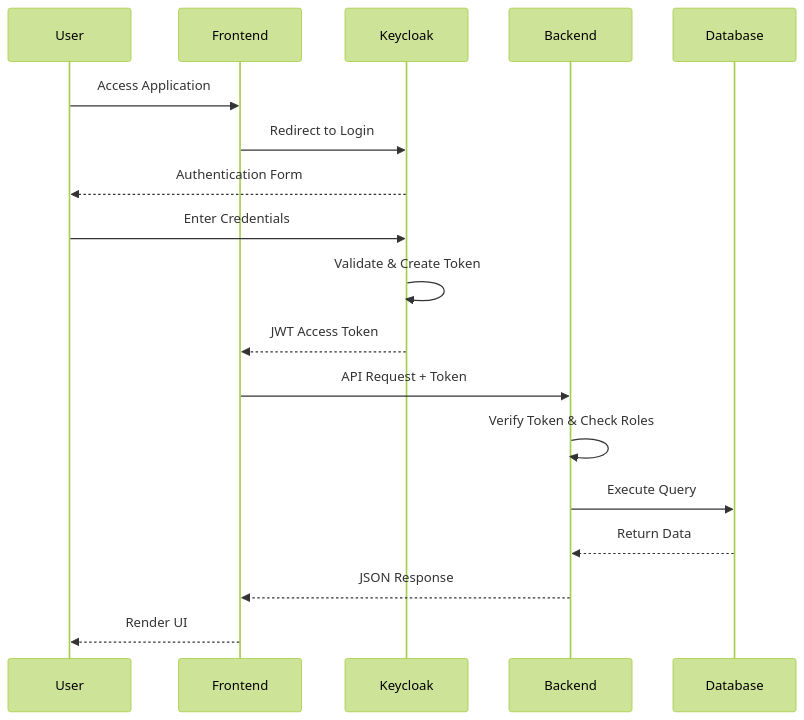
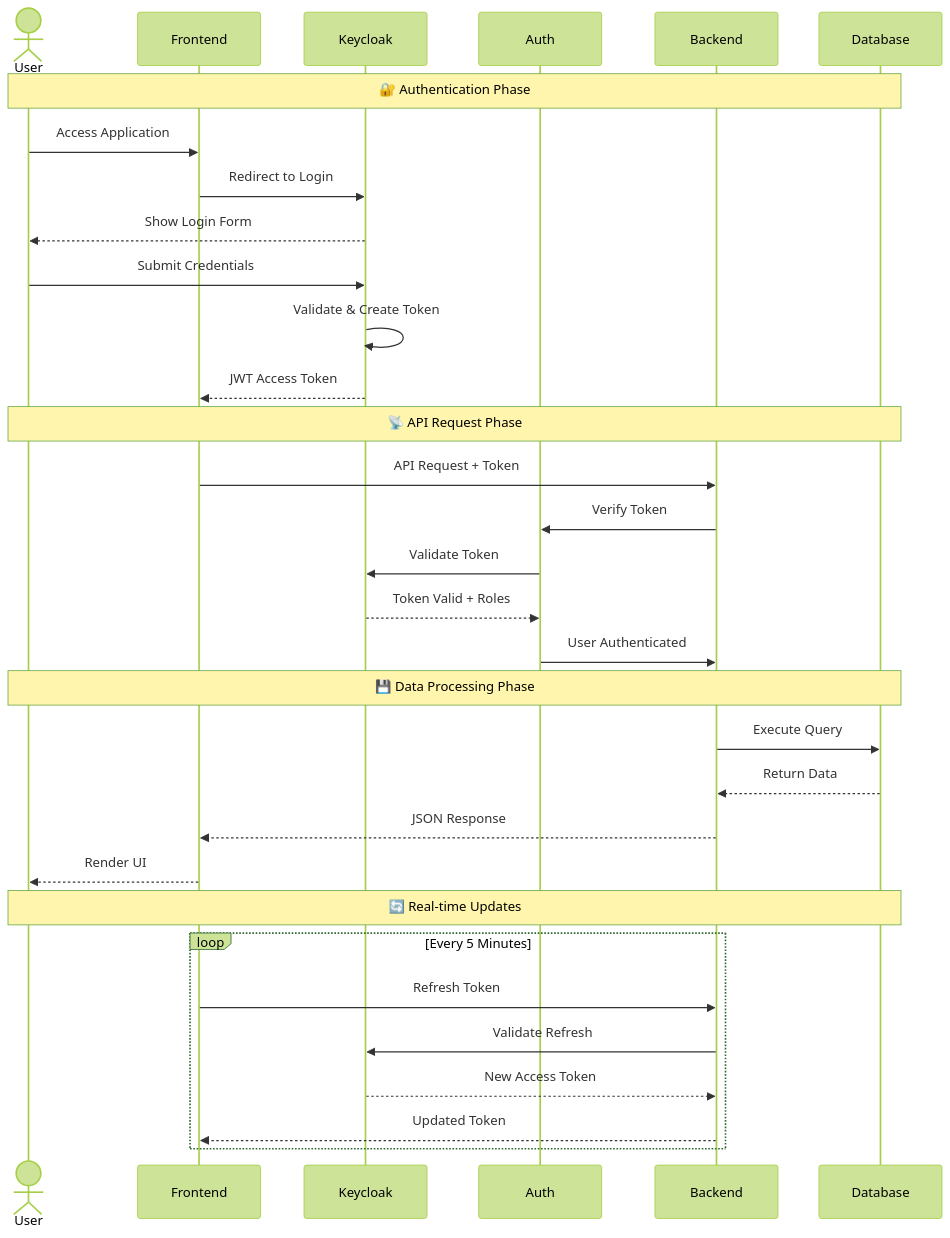
The second of 11 diagrams in README.md (ZiadMahmoud2003/hospital-management-rbac), drawn with Mermaid (forest theme) before and after one commit. The commit also changed other lines of this file, not shown here.

````diff
--- a/README.md
+++ b/README.md
@@ -78,21 +144,38 @@
 ```mermaid
 sequenceDiagram
-    participant User
+    actor User
     participant Frontend
     participant Keycloak
+    participant Auth
     participant Backend
     participant Database
     
+    Note over User,Database: 🔐 Authentication Phase
     User->>Frontend: Access Application
     Frontend->>Keycloak: Redirect to Login
-    Keycloak-->>User: Authentication Form
-    User->>Keycloak: Enter Credentials
+    Keycloak-->>User: Show Login Form
+    User->>Keycloak: Submit Credentials
     Keycloak->>Keycloak: Validate & Create Token
     Keycloak-->>Frontend: JWT Access Token
+    
+    Note over User,Database: 📡 API Request Phase
     Frontend->>Backend: API Request + Token
-    Backend->>Backend: Verify Token & Check Roles
+    Backend->>Auth: Verify Token
+    Auth->>Keycloak: Validate Token
+    Keycloak-->>Auth: Token Valid + Roles
+    Auth->>Backend: User Authenticated
+    
+    Note over User,Database: 💾 Data Processing Phase
     Backend->>Database: Execute Query
     Database-->>Backend: Return Data
     Backend-->>Frontend: JSON Response
     Frontend-->>User: Render UI
+    
+    Note over User,Database: 🔄 Real-time Updates
+    loop Every 5 Minutes
+        Frontend->>Backend: Refresh Token
+        Backend->>Keycloak: Validate Refresh
+        Keycloak-->>Backend: New Access Token
+        Backend-->>Frontend: Updated Token
+    end
 ```
````
